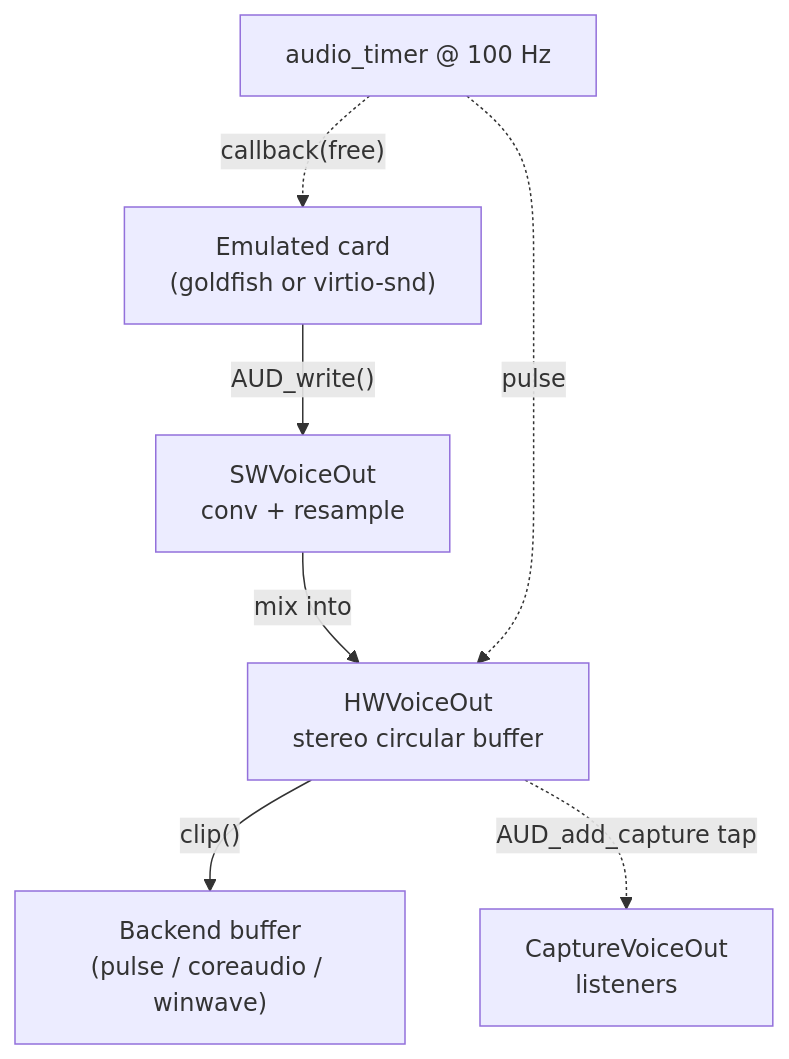
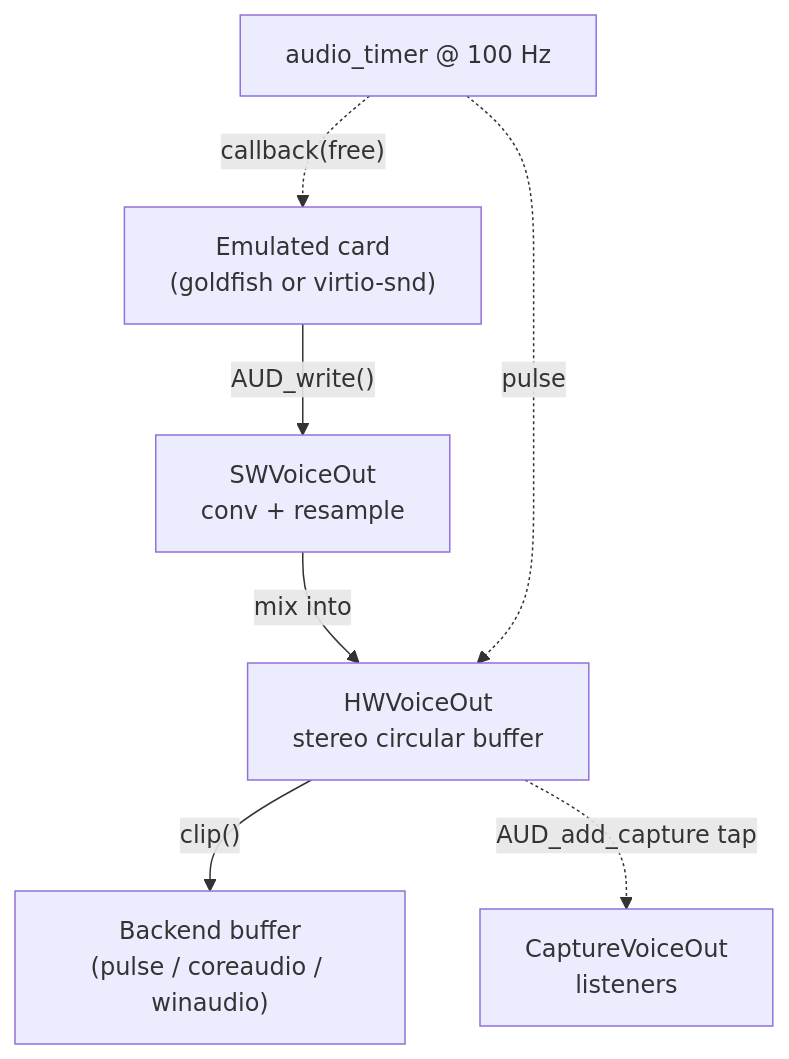
The fourth of 6 diagrams in 15-audio.md (aospbooks/android-emulator-internal-book), drawn with Mermaid before and after one commit. The commit also changed other lines of this file and 31 other files, not shown here.

````diff
--- a/15-audio.md
+++ b/15-audio.md
@@ -268,9 +270,9 @@
 ```mermaid
 flowchart TD
     DEV["Emulated card<br/>(goldfish or virtio-snd)"] -->|"AUD_write()"| SW["SWVoiceOut<br/>conv + resample"]
     SW -->|"mix into"| HW["HWVoiceOut<br/>stereo circular buffer"]
-    HW -->|"clip()"| BE["Backend buffer<br/>(pulse / coreaudio / winwave)"]
+    HW -->|"clip()"| BE["Backend buffer<br/>(pulse / coreaudio / winaudio)"]
     HW -.->|"AUD_add_capture tap"| CAP["CaptureVoiceOut<br/>listeners"]
     TIMER["audio_timer @ 100 Hz"] -.->|"pulse"| HW
     TIMER -.->|"callback(free)"| DEV
 ```
````
